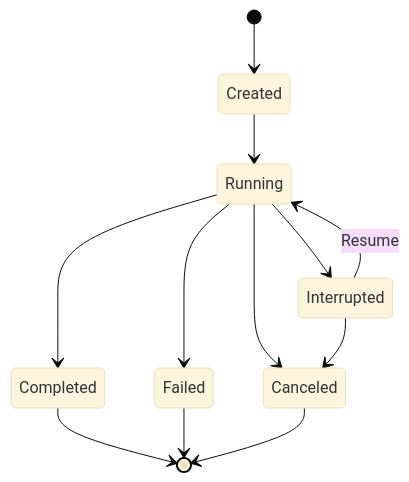
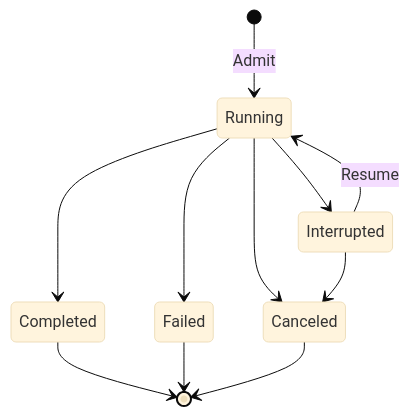
The second of 3 diagrams in app/runtime/doc/EXECUTION_CENTERED_ARCHITECTURE.md (Tangerg/lynx), drawn with Mermaid (base theme) before and after one commit. The commit also changed other lines of this file and 1 other file, not shown here.

First line of the commit message:
docs(runtime): close architecture convergence plan

````diff
--- a/app/runtime/doc/EXECUTION_CENTERED_ARCHITECTURE.md
+++ b/app/runtime/doc/EXECUTION_CENTERED_ARCHITECTURE.md
@@ -285,14 +285,13 @@
 ```mermaid
 stateDiagram-v2
-    [*] --> Created
-    Created --> Running
+    [*] --> Running: Admit
     Running --> Interrupted
     Interrupted --> Running: Resume
     Running --> Completed
     Running --> Failed
     Running --> Canceled
     Interrupted --> Canceled
     Completed --> [*]
     Failed --> [*]
     Canceled --> [*]
 ```
````
